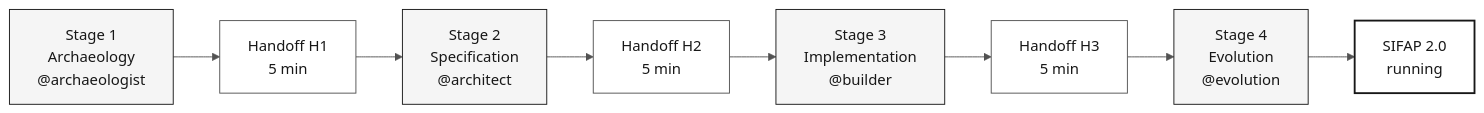
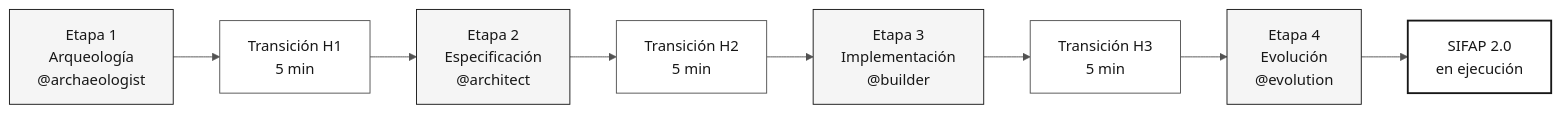
Before and after one commit to paulasilvatech/datacorp-sifap-team-kit-pt-br: the first of 2 diagrams in 00-SITEMAP.md, drawn with Mermaid. The commit also changed other lines of this file and 386 other files, not shown here.

````diff
--- a/00-SITEMAP.md
+++ b/00-SITEMAP.md
@@ -13,18 +13,18 @@
 ```mermaid
 %%{init: {'theme':'neutral','themeVariables':{'fontFamily':'ui-sans-serif, system-ui, sans-serif','primaryColor':'#F5F5F5','primaryTextColor':'#171717','primaryBorderColor':'#171717','lineColor':'#525252','secondaryColor':'#FFFFFF','tertiaryColor':'#FAFAFA','background':'#FFFFFF'}}}%%
 flowchart LR
     classDef step fill:#F5F5F5,stroke:#171717,color:#171717
     classDef handoff fill:#FFFFFF,stroke:#525252,color:#171717
     classDef result fill:#FFFFFF,stroke:#171717,color:#171717,stroke-width:2px
 
-    E1["Stage 1<br/>Archaeology<br/>@archaeologist"]:::step
-    H1["Handoff H1<br/>5 min"]:::handoff
-    E2["Stage 2<br/>Specification<br/>@architect"]:::step
-    H2["Handoff H2<br/>5 min"]:::handoff
-    E3["Stage 3<br/>Implementation<br/>@builder"]:::step
-    H3["Handoff H3<br/>5 min"]:::handoff
-    E4["Stage 4<br/>Evolution<br/>@evolution"]:::step
-    R["SIFAP 2.0<br/>running"]:::result
+    E1["Etapa 1<br/>Arqueología<br/>@archaeologist"]:::step
+    H1["Transición H1<br/>5 min"]:::handoff
+    E2["Etapa 2<br/>Especificación<br/>@architect"]:::step
+    H2["Transición H2<br/>5 min"]:::handoff
+    E3["Etapa 3<br/>Implementación<br/>@builder"]:::step
+    H3["Transición H3<br/>5 min"]:::handoff
+    E4["Etapa 4<br/>Evolución<br/>@evolution"]:::step
+    R["SIFAP 2.0<br/>en ejecución"]:::result
 
     E1 --> H1 --> E2 --> H2 --> E3 --> H3 --> E4 --> R
 ```
````
